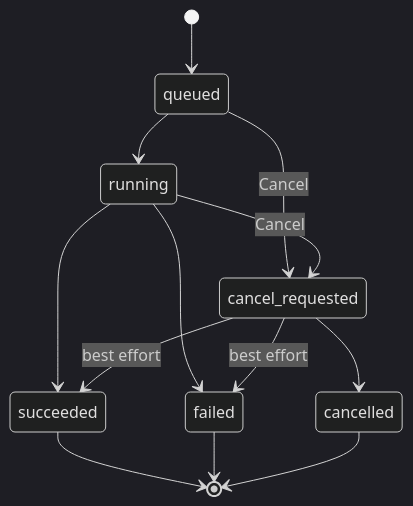
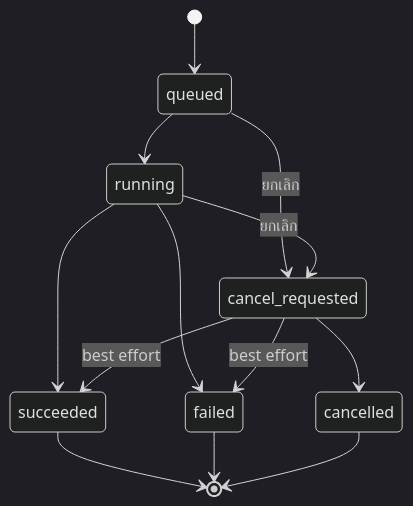
One commit to kaebmoo/atlas-control-plane changed the first of 2 diagrams in docs/guides/web-user-guide-th.md. Above: the diagram before and after it, drawn with Mermaid (dark theme). The commit also changed other lines of this file and 10 other files, not shown here.

````diff
--- a/docs/guides/web-user-guide-th.md
+++ b/docs/guides/web-user-guide-th.md
@@ -203,15 +147,15 @@
 ```mermaid
 stateDiagram-v2
   [*] --> queued
   queued --> running
   running --> succeeded
   running --> failed
-  queued --> cancel_requested: Cancel
-  running --> cancel_requested: Cancel
+  queued --> cancel_requested: ยกเลิก
+  running --> cancel_requested: ยกเลิก
   cancel_requested --> cancelled
   cancel_requested --> succeeded: best effort
   cancel_requested --> failed: best effort
   succeeded --> [*]
   failed --> [*]
   cancelled --> [*]
 ```
````
